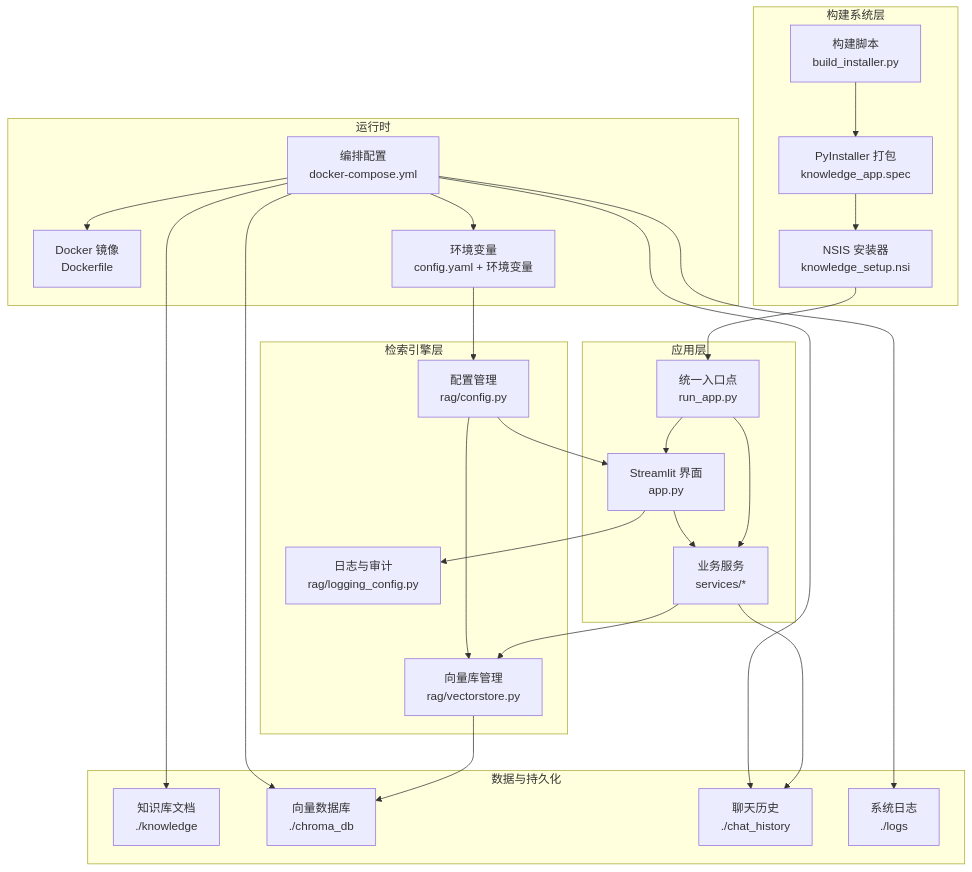
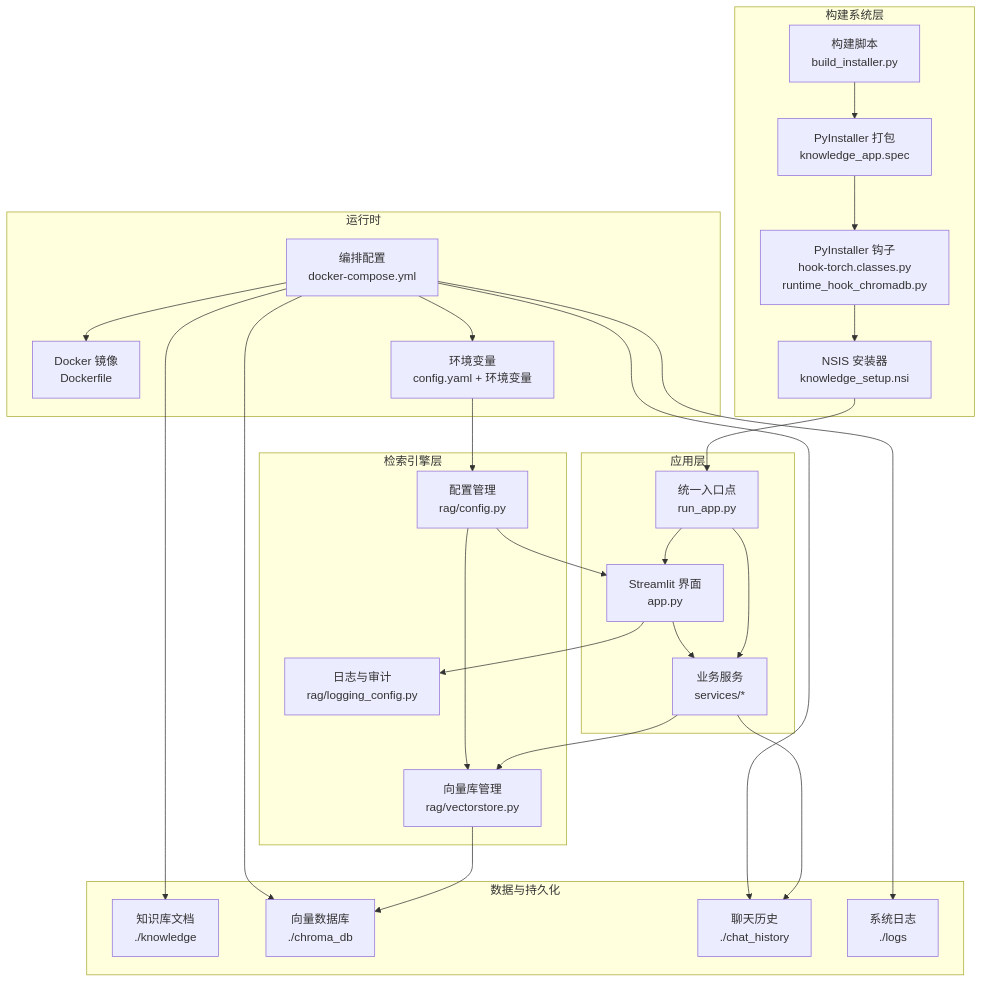
Before and after one commit to joyafa/knowledge: the first of 6 diagrams in .qoder/repowiki/zh/content/部署与运维/部署与运维.md, drawn with Mermaid. The commit also changed other lines of this file and 18 other files, not shown here.

````diff
--- a/.qoder/repowiki/zh/content/部署与运维/部署与运维.md
+++ b/.qoder/repowiki/zh/content/部署与运维/部署与运维.md
@@ -70,48 +71,50 @@
 ```mermaid
 graph TB
 subgraph "应用层"
 UI["Streamlit 界面<br/>app.py"]
 Services["业务服务<br/>services/*"]
 RunApp["统一入口点<br/>run_app.py"]
 end
 subgraph "构建系统层"
 PyInstaller["PyInstaller 打包<br/>knowledge_app.spec"]
+Hooks["PyInstaller 钩子<br/>hook-torch.classes.py<br/>runtime_hook_chromadb.py"]
 NSIS["NSIS 安装器<br/>knowledge_setup.nsi"]
 Build["构建脚本<br/>build_installer.py"]
 end
 subgraph "检索引擎层"
 RAGCfg["配置管理<br/>rag/config.py"]
 RAGLog["日志与审计<br/>rag/logging_config.py"]
 VS["向量库管理<br/>rag/vectorstore.py"]
 end
 subgraph "数据与持久化"
 Docs["知识库文档<br/>./knowledge"]
 VDB["向量数据库<br/>./chroma_db"]
 Hist["聊天历史<br/>./chat_history"]
 Logs["系统日志<br/>./logs"]
 end
 subgraph "运行时"
 Docker["Docker 镜像<br/>Dockerfile"]
 Compose["编排配置<br/>docker-compose.yml"]
 Env["环境变量<br/>config.yaml + 环境变量"]
 end
 RunApp --> UI
 RunApp --> Services
 UI --> Services
 Services --> VS
 VS --> VDB
 Services --> Hist
 UI --> RAGLog
 RAGCfg --> UI
 RAGCfg --> VS
 Env --> RAGCfg
 Build --> PyInstaller
-PyInstaller --> NSIS
+PyInstaller --> Hooks
+Hooks --> NSIS
 NSIS --> RunApp
 Compose --> Docker
 Compose --> Env
 Compose --> Docs
 Compose --> VDB
 Compose --> Hist
 Compose --> Logs
 ```
````
